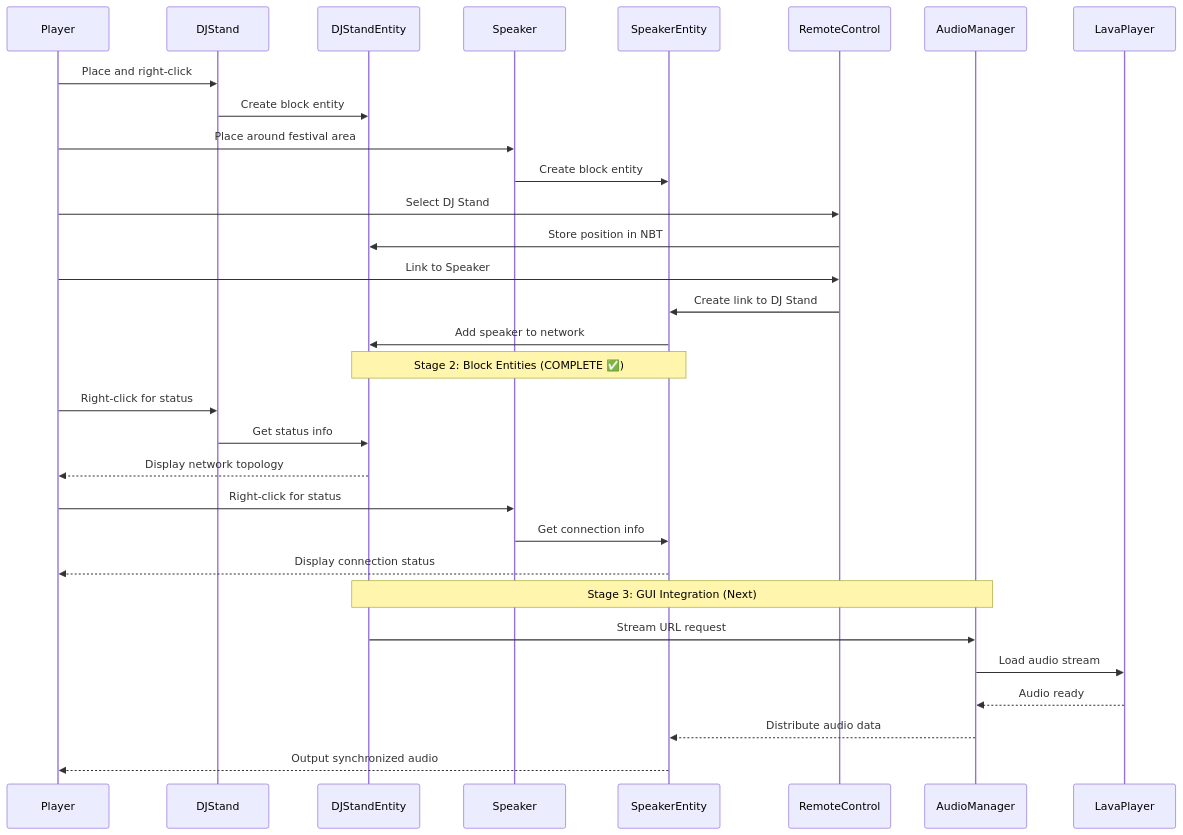
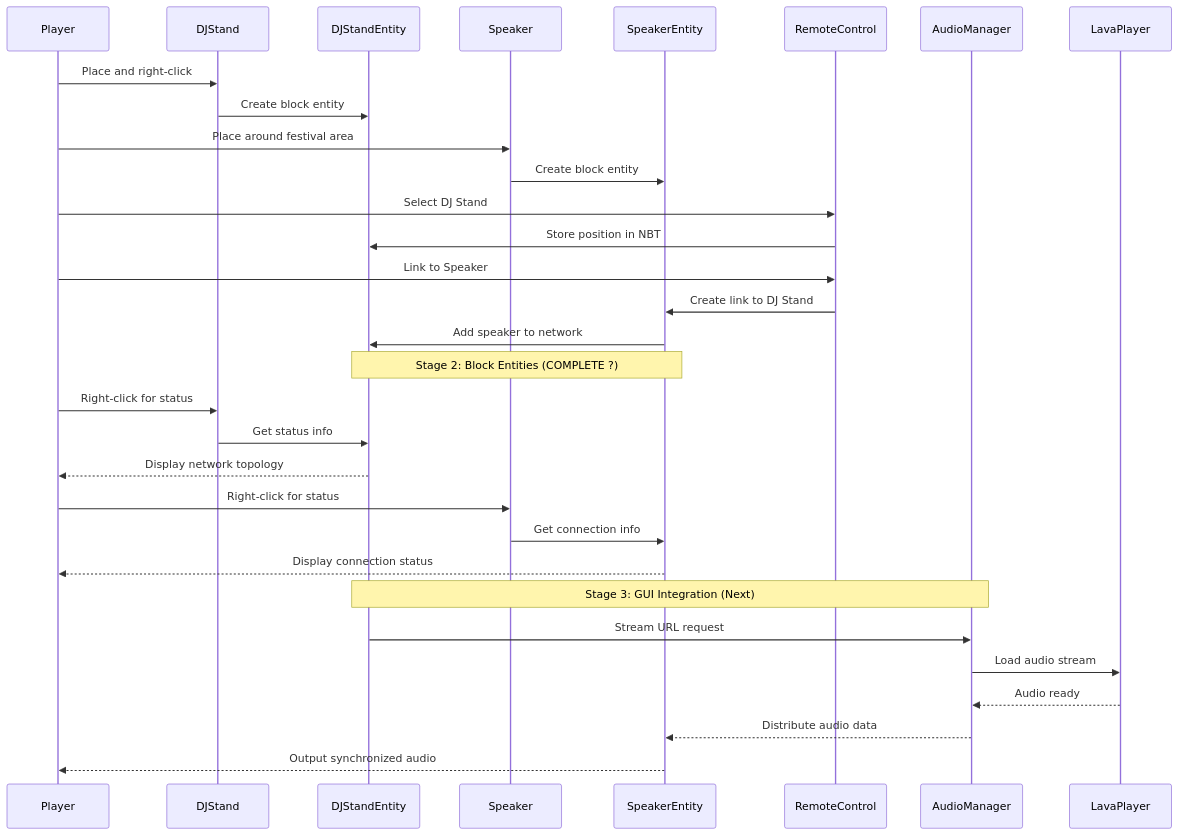
The fourth of 10 diagrams in docs/ARCHITECTURE.md (ThornsOfire/Minefest-Core), drawn with Mermaid before and after one commit. The commit also changed other lines of this file and 31 other files, not shown here.

````diff
--- a/docs/ARCHITECTURE.md
+++ b/docs/ARCHITECTURE.md
@@ -200,36 +200,36 @@
 ```mermaid
 sequenceDiagram
     participant Player
     participant DJStand
     participant DJStandEntity
     participant Speaker
     participant SpeakerEntity
     participant RemoteControl
     participant AudioManager
     participant LavaPlayer
     
     Player->>DJStand: Place and right-click
     DJStand->>DJStandEntity: Create block entity
     Player->>Speaker: Place around festival area
     Speaker->>SpeakerEntity: Create block entity
     Player->>RemoteControl: Select DJ Stand
     RemoteControl->>DJStandEntity: Store position in NBT
     Player->>RemoteControl: Link to Speaker
     RemoteControl->>SpeakerEntity: Create link to DJ Stand
     SpeakerEntity->>DJStandEntity: Add speaker to network
     
-    Note over DJStandEntity,SpeakerEntity: Stage 2: Block Entities (COMPLETE ✅)
+    Note over DJStandEntity,SpeakerEntity: Stage 2: Block Entities (COMPLETE ?)
     Player->>DJStand: Right-click for status
     DJStand->>DJStandEntity: Get status info
     DJStandEntity-->>Player: Display network topology
     Player->>Speaker: Right-click for status  
     Speaker->>SpeakerEntity: Get connection info
     SpeakerEntity-->>Player: Display connection status
     
     Note over DJStandEntity,AudioManager: Stage 3: GUI Integration (Next)
     DJStandEntity->>AudioManager: Stream URL request
     AudioManager->>LavaPlayer: Load audio stream
     LavaPlayer-->>AudioManager: Audio ready
     AudioManager-->>SpeakerEntity: Distribute audio data
     SpeakerEntity-->>Player: Output synchronized audio
 ```
````
